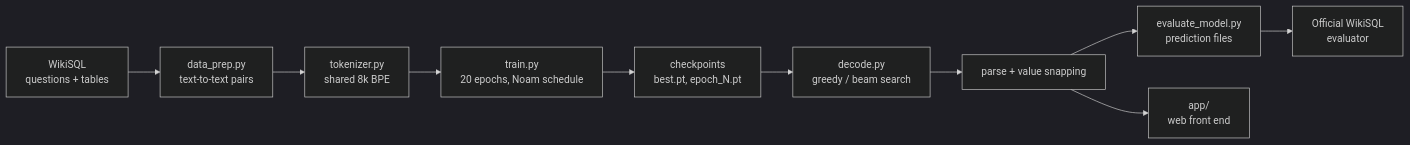
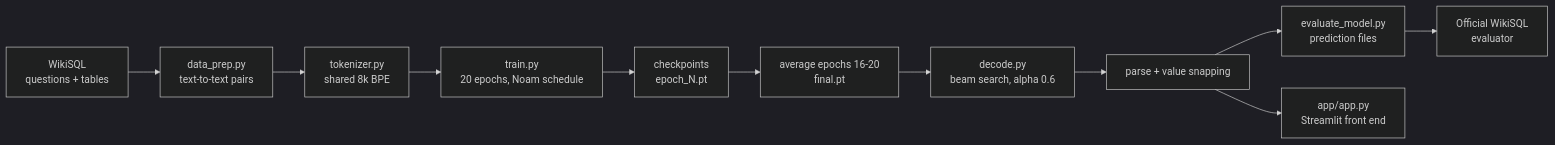
One commit to KayTheCoder-101/text-to-sql-transformer changed the first of 3 diagrams in README.md. Above: the diagram before and after it, drawn with Mermaid (dark theme). The commit also changed other lines of this file and 1 other file, not shown here.

Commit message:
README: final dev results, experiments table, front end

````diff
--- a/README.md
+++ b/README.md
@@ -57,12 +58,13 @@
 ```mermaid
 flowchart LR
     A["WikiSQL<br/>questions + tables"] --> B["data_prep.py<br/>text-to-text pairs"]
     B --> C["tokenizer.py<br/>shared 8k BPE"]
     C --> D["train.py<br/>20 epochs, Noam schedule"]
-    D --> E["checkpoints<br/>best.pt, epoch_N.pt"]
-    E --> F["decode.py<br/>greedy / beam search"]
-    F --> G["parse + value snapping"]
-    G --> H["evaluate_model.py<br/>prediction files"]
-    H --> I["Official WikiSQL<br/>evaluator"]
-    G --> J["app/<br/>web front end"]
+    D --> E["checkpoints<br/>epoch_N.pt"]
+    E --> F["average epochs 16-20<br/>final.pt"]
+    F --> G["decode.py<br/>beam search, alpha 0.6"]
+    G --> H["parse + value snapping"]
+    H --> I["evaluate_model.py<br/>prediction files"]
+    I --> J["Official WikiSQL<br/>evaluator"]
+    H --> K["app/app.py<br/>Streamlit front end"]
 ```
````
